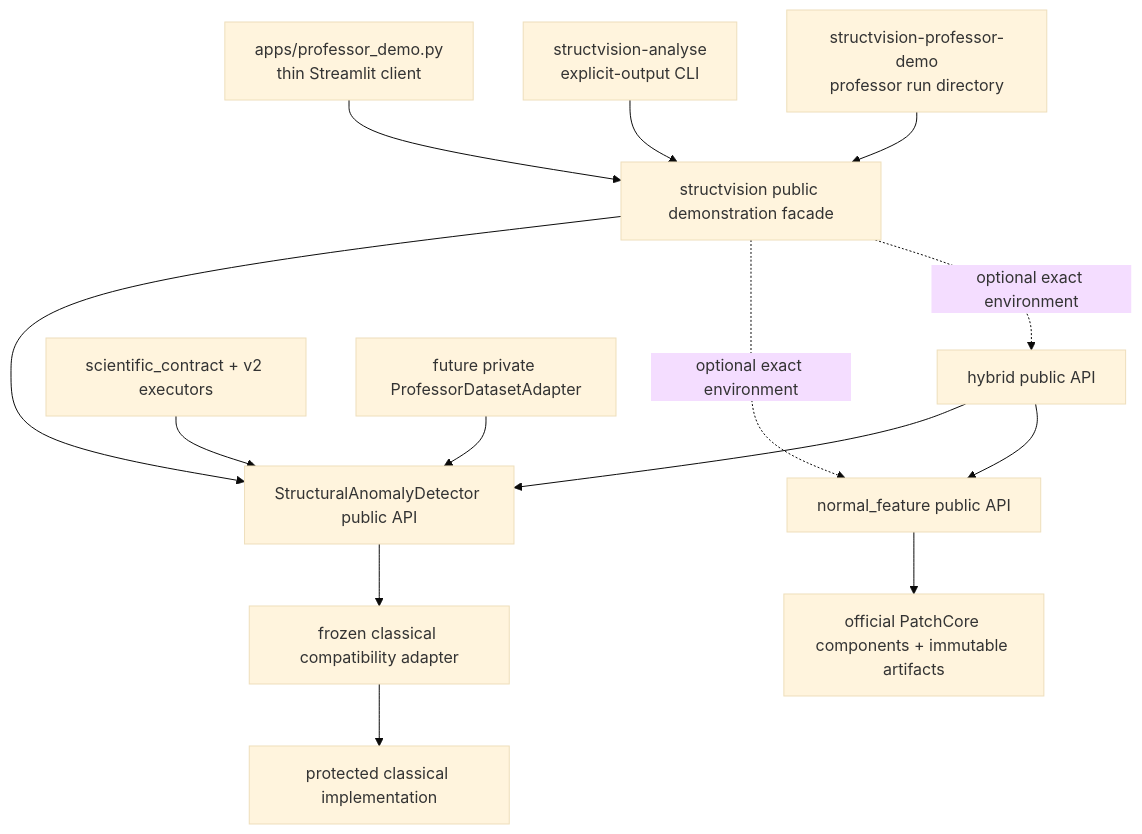
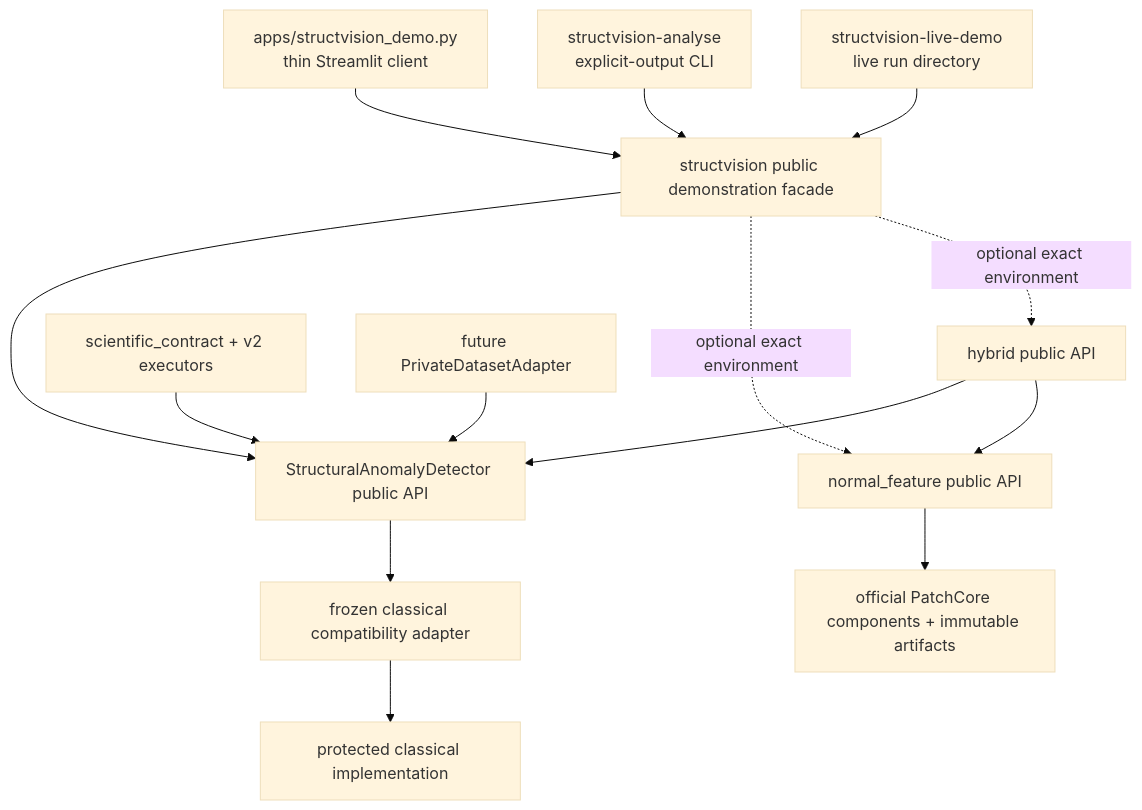
One commit to MrithunjoyB/marine-structural-defect-inspection changed the diagram in docs/code-structure-guide.md. Above: the diagram before and after it, drawn with Mermaid (base theme). The commit also changed other lines of this file and 38 other files, not shown here.

````diff
--- a/docs/code-structure-guide.md
+++ b/docs/code-structure-guide.md
@@ -5,16 +5,16 @@
 ```mermaid
 flowchart TD
-    UI["apps/professor_demo.py<br/>thin Streamlit client"] --> DEMO["structvision public demonstration facade"]
+    UI["apps/structvision_demo.py<br/>thin Streamlit client"] --> DEMO["structvision public demonstration facade"]
     CLI["structvision-analyse<br/>explicit-output CLI"] --> DEMO
-    CONSOLE["structvision-professor-demo<br/>professor run directory"] --> DEMO
+    CONSOLE["structvision-live-demo<br/>live run directory"] --> DEMO
     DEMO --> API["StructuralAnomalyDetector public API"]
     DEMO -. "optional exact environment" .-> NF["normal_feature public API"]
     DEMO -. "optional exact environment" .-> HY["hybrid public API"]
     API --> CLASSICAL["frozen classical compatibility adapter"]
     CLASSICAL --> LEGACY["protected classical implementation"]
     NF --> UPSTREAM["official PatchCore components + immutable artifacts"]
     HY --> API
     HY --> NF
     V2["scientific_contract + v2 executors"] --> API
-    ADAPTER["future private ProfessorDatasetAdapter"] --> API
+    ADAPTER["future PrivateDatasetAdapter"] --> API
 ```
````
